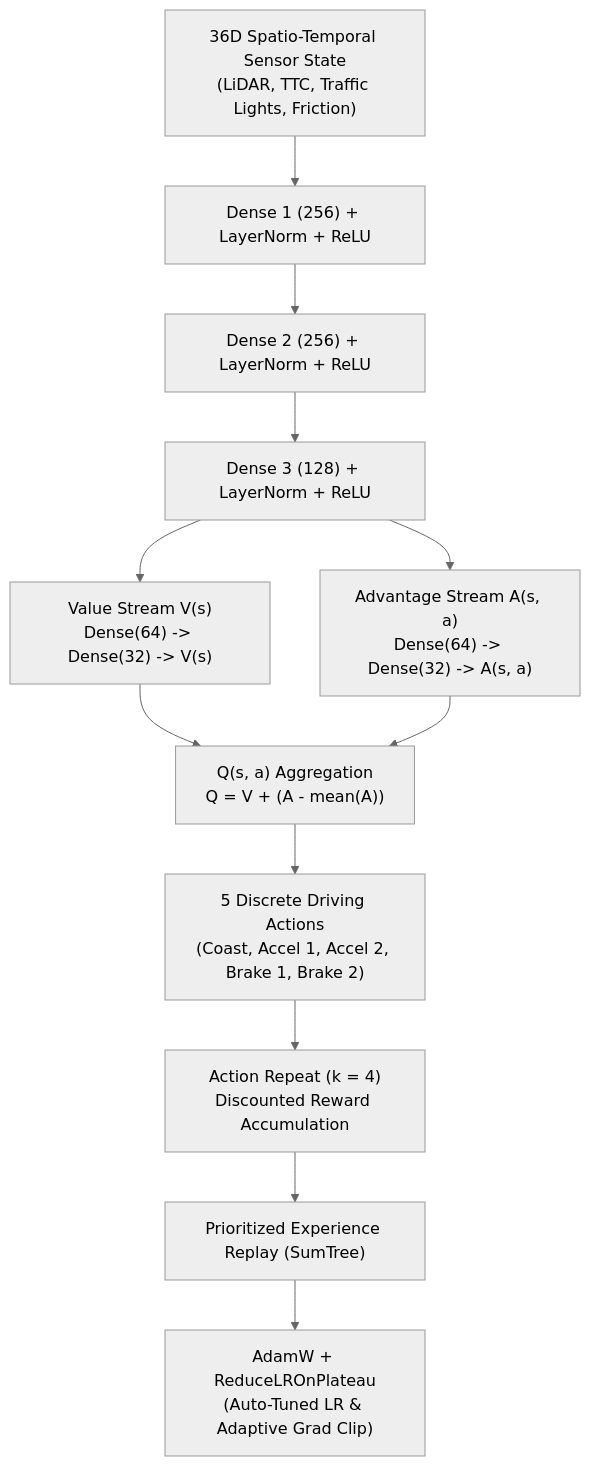
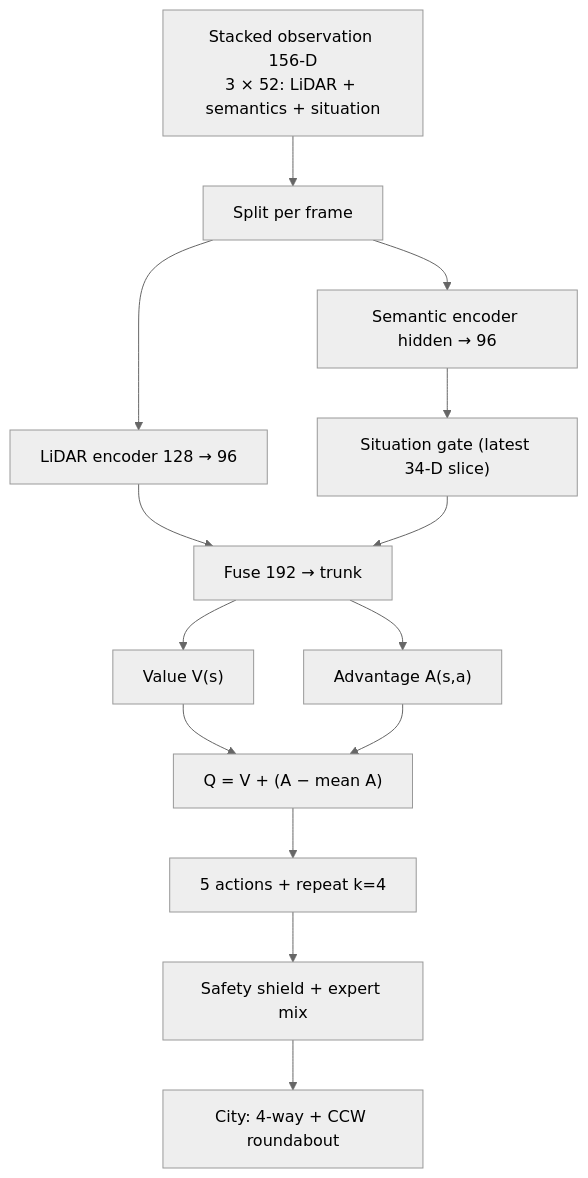
Before and after one commit to mohammadrezamirtaleb/AI-Powered-Projects: the diagram in Reinforcement Learning/Cross Road/README.md, drawn with Mermaid (neutral theme). The commit also changed other lines of this file and 21 other files, not shown here.

First line of the commit message:
feat(cross-road): implement dual-node city simulation and situation-gated dueling DQN

````diff
--- a/Reinforcement Learning/Cross Road/README.md
+++ b/Reinforcement Learning/Cross Road/README.md
@@ -77,14 +180,16 @@
 ```mermaid
 graph TD
-    Sensors["36D Spatio-Temporal Sensor State<br/>(LiDAR, TTC, Traffic Lights, Friction)"] --> Dense1["Dense 1 (256) + LayerNorm + ReLU"]
-    Dense1 --> Dense2["Dense 2 (256) + LayerNorm + ReLU"]
-    Dense2 --> Dense3["Dense 3 (128) + LayerNorm + ReLU"]
-    Dense3 --> ValStream["Value Stream V(s)<br/>Dense(64) -> Dense(32) -> V(s)"]
-    Dense3 --> AdvStream["Advantage Stream A(s, a)<br/>Dense(64) -> Dense(32) -> A(s, a)"]
-    ValStream --> QOut["Q(s, a) Aggregation<br/>Q = V + (A - mean(A))"]
-    AdvStream --> QOut
-    QOut --> Action["5 Discrete Driving Actions<br/>(Coast, Accel 1, Accel 2, Brake 1, Brake 2)"]
-    Action --> Macro["Action Repeat (k = 4)<br/>Discounted Reward Accumulation"]
-    Macro --> PER["Prioritized Experience Replay (SumTree)"]
-    PER --> AutoOpt["AdamW + ReduceLROnPlateau<br/>(Auto-Tuned LR & Adaptive Grad Clip)"]
+    Obs["Stacked observation 156-D<br/>3 × 52: LiDAR + semantics + situation"] --> Split["Split per frame"]
+    Split --> Lidar["LiDAR encoder 128 → 96"]
+    Split --> Sem["Semantic encoder hidden → 96"]
+    Sem --> Gate["Situation gate (latest 34-D slice)"]
+    Lidar --> Fuse["Fuse 192 → trunk"]
+    Gate --> Fuse
+    Fuse --> Val["Value V(s)"]
+    Fuse --> Adv["Advantage A(s,a)"]
+    Val --> Q["Q = V + (A − mean A)"]
+    Adv --> Q
+    Q --> Act["5 actions + repeat k=4"]
+    Act --> Shield["Safety shield + expert mix"]
+    Shield --> World["City: 4-way + CCW roundabout"]
 ```
````
